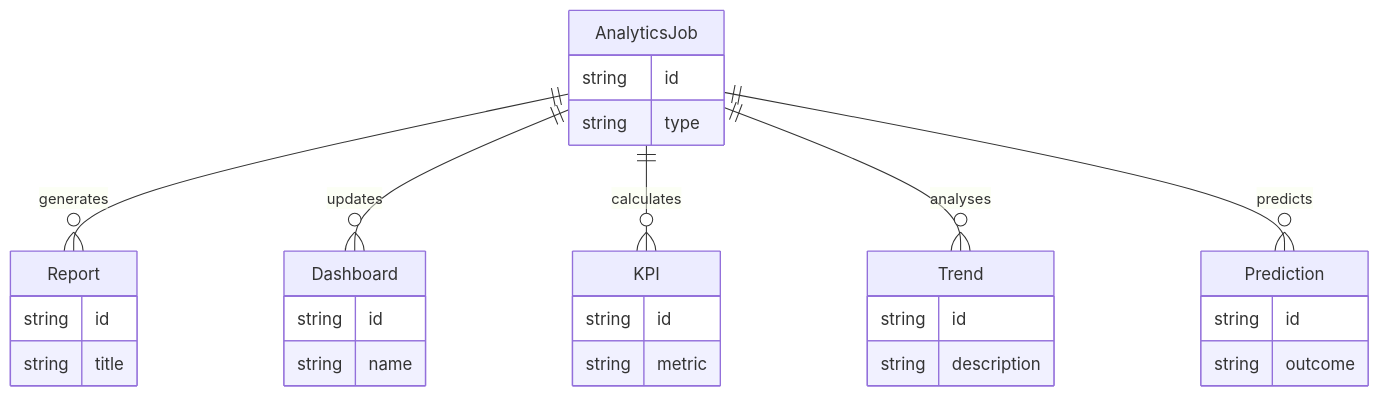
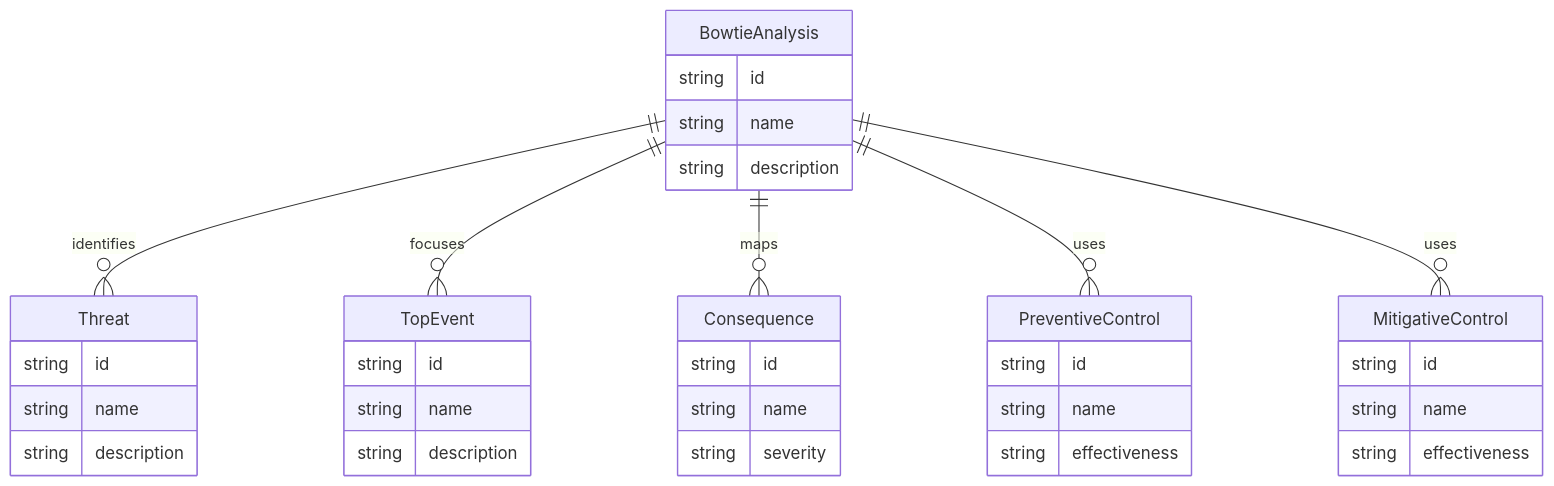
The tenth of 10 diagrams in docs/design/solution-architecture-design.md (Duds/capopt_platform), drawn with Mermaid before and after one commit. The commit also changed other lines of this file and 41 other files, not shown here.

First line of the commit message:
feat: Implement Enterprise Information System and Strategic Navigation Flow

````diff
--- a/docs/design/solution-architecture-design.md
+++ b/docs/design/solution-architecture-design.md
@@ -492,32 +756,38 @@
 ```mermaid
 erDiagram
-    AnalyticsJob {
-        string id
-        string type
-    }
-    Report {
-        string id
-        string title
-    }
-    Dashboard {
+    BowtieAnalysis {
         string id
         string name
-    }
-    KPI {
-        string id
-        string metric
-    }
-    Trend {
-        string id
         string description
     }
-    Prediction {
+    Threat {
         string id
-        string outcome
+        string name
+        string description
     }
-    AnalyticsJob ||--o{ Report : generates
-    AnalyticsJob ||--o{ Dashboard : updates
-    AnalyticsJob ||--o{ KPI : calculates
-    AnalyticsJob ||--o{ Trend : analyses
-    AnalyticsJob ||--o{ Prediction : predicts
+    TopEvent {
+        string id
+        string name
+        string description
+    }
+    Consequence {
+        string id
+        string name
+        string severity
+    }
+    PreventiveControl {
+        string id
+        string name
+        string effectiveness
+    }
+    MitigativeControl {
+        string id
+        string name
+        string effectiveness
+    }
+    BowtieAnalysis ||--o{ Threat : identifies
+    BowtieAnalysis ||--o{ TopEvent : focuses
+    BowtieAnalysis ||--o{ Consequence : maps
+    BowtieAnalysis ||--o{ PreventiveControl : uses
+    BowtieAnalysis ||--o{ MitigativeControl : uses
 ```
````
